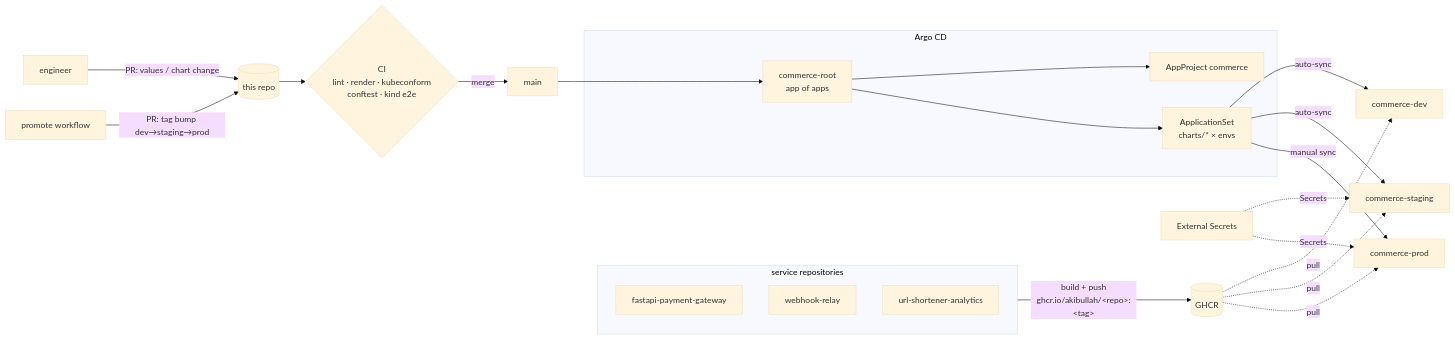
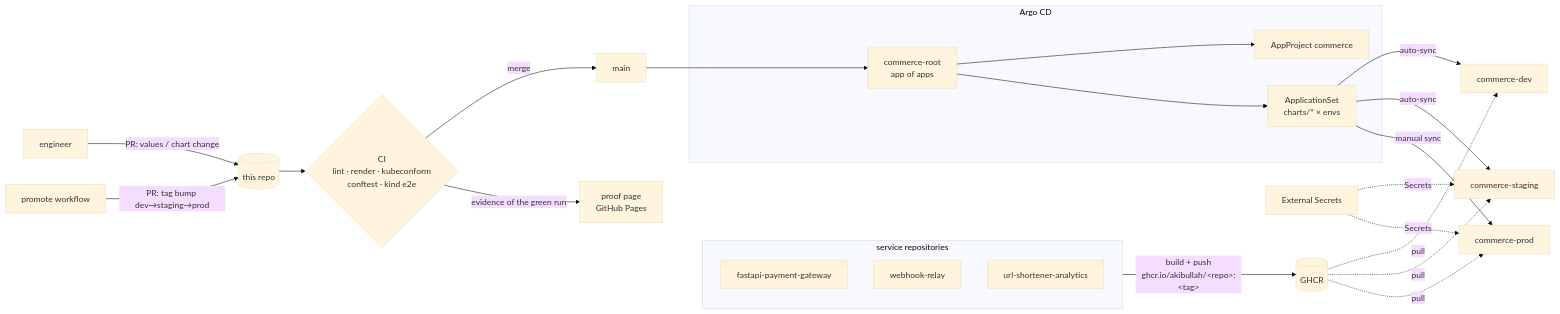
Before and after one commit to AkibUllah/k8s-gitops-platform: the diagram in README.md, drawn with Mermaid (base theme). The commit also changed other lines of this file and 8 other files, not shown here.

Commit message:
feat: live proof page from CI evidence, weekly CI run (#8)

````diff
--- a/README.md
+++ b/README.md
@@ -52,25 +54,26 @@
 ```mermaid
 flowchart LR
     subgraph SVC[service repositories]
       PG[fastapi-payment-gateway]
       WR[webhook-relay]
       US[url-shortener-analytics]
     end
     SVC -- "build + push<br/>ghcr.io/akibullah/&lt;repo&gt;:&lt;tag&gt;" --> GHCR[(GHCR)]
 
     DEV[engineer] -- "PR: values / chart change" --> REPO[(this repo)]
     PROMO[promote workflow] -- "PR: tag bump dev→staging→prod" --> REPO
     REPO --> CI{CI<br/>lint · render · kubeconform<br/>conftest · kind e2e}
     CI -- merge --> MAIN[main]
+    CI -- "evidence of the green run" --> PAGES[proof page<br/>GitHub Pages]
 
     subgraph ARGO[Argo CD]
       ROOT[commerce-root<br/>app of apps] --> PROJ[AppProject commerce]
       ROOT --> AS[ApplicationSet<br/>charts/* × envs]
     end
     MAIN --> ROOT
     AS -- "auto-sync" --> NSD[commerce-dev]
     AS -- "auto-sync" --> NSS[commerce-staging]
     AS -- "manual sync" --> NSP[commerce-prod]
     GHCR -. pull .-> NSD & NSS & NSP
     ESO[External Secrets] -. "Secrets" .-> NSS & NSP
 ```
````
